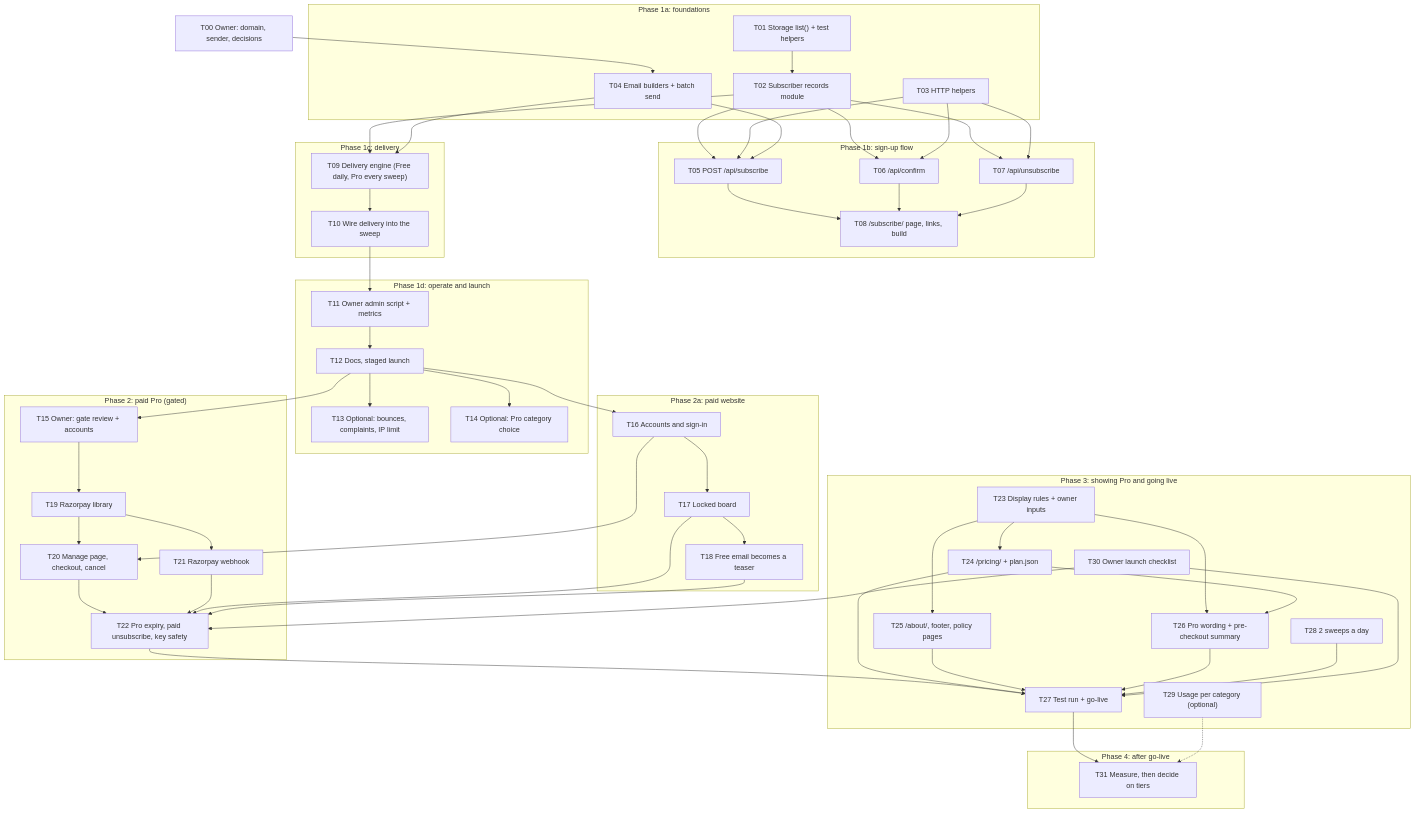
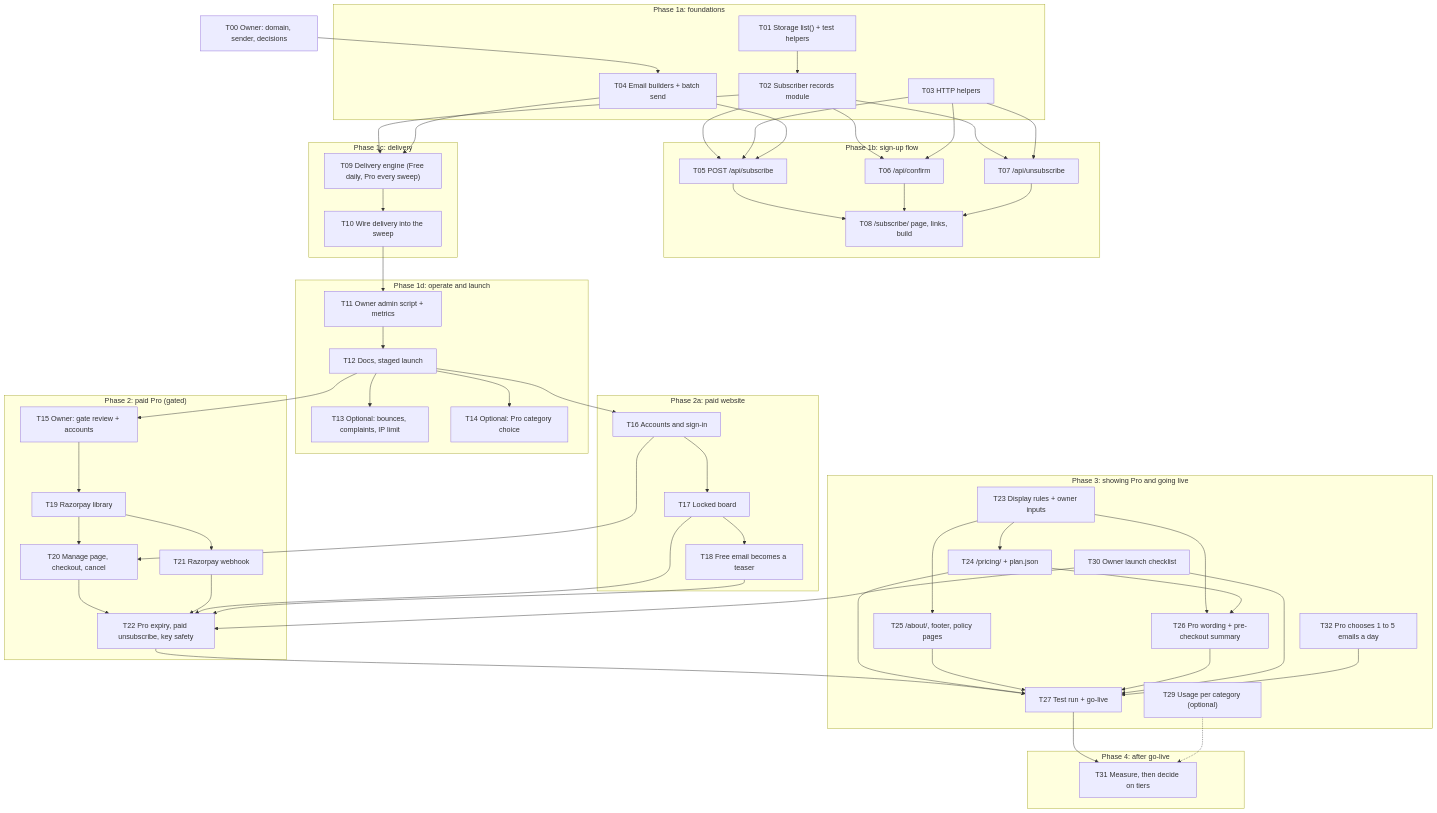
One commit to bhawnamanglapm/travel-problem-radar-case-study changed the diagram in docs/subscriptions/tasks/README.md. Above: the diagram before and after it, drawn with Mermaid. The commit also changed other lines of this file and 8 other files, not shown here.

````diff
--- a/docs/subscriptions/tasks/README.md
+++ b/docs/subscriptions/tasks/README.md
@@ -35,71 +36,71 @@
 ```mermaid
 flowchart TD
   T00["T00 Owner: domain, sender, decisions"]
   subgraph P1A["Phase 1a: foundations"]
     T01["T01 Storage list() + test helpers"]
     T02["T02 Subscriber records module"]
     T03["T03 HTTP helpers"]
     T04["T04 Email builders + batch send"]
   end
   subgraph P1B["Phase 1b: sign-up flow"]
     T05["T05 POST /api/subscribe"]
     T06["T06 /api/confirm"]
     T07["T07 /api/unsubscribe"]
     T08["T08 /subscribe/ page, links, build"]
   end
   subgraph P1C["Phase 1c: delivery"]
     T09["T09 Delivery engine (Free daily, Pro every sweep)"]
     T10["T10 Wire delivery into the sweep"]
   end
   subgraph P1D["Phase 1d: operate and launch"]
     T11["T11 Owner admin script + metrics"]
     T12["T12 Docs, staged launch"]
     T13["T13 Optional: bounces, complaints, IP limit"]
     T14["T14 Optional: Pro category choice"]
   end
   subgraph P2A["Phase 2a: paid website"]
     T16["T16 Accounts and sign-in"]
     T17["T17 Locked board"]
     T18["T18 Free email becomes a teaser"]
   end
   subgraph P2["Phase 2: paid Pro (gated)"]
     T15["T15 Owner: gate review + accounts"]
     T19["T19 Razorpay library"]
     T20["T20 Manage page, checkout, cancel"]
     T21["T21 Razorpay webhook"]
     T22["T22 Pro expiry, paid unsubscribe, key safety"]
   end
   subgraph P3["Phase 3: showing Pro and going live"]
     T23["T23 Display rules + owner inputs"]
     T24["T24 /pricing/ + plan.json"]
     T25["T25 /about/, footer, policy pages"]
     T26["T26 Pro wording + pre-checkout summary"]
     T27["T27 Test run + go-live"]
-    T28["T28 2 sweeps a day"]
+    T32["T32 Pro chooses 1 to 5 emails a day"]
     T29["T29 Usage per category (optional)"]
     T30["T30 Owner launch checklist"]
   end
   subgraph P4["Phase 4: after go-live"]
     T31["T31 Measure, then decide on tiers"]
   end
   T00 --> T04
   T01 --> T02
   T02 --> T05 & T06 & T07 & T09
   T03 --> T05 & T06 & T07
   T04 --> T05 & T09
   T05 & T06 & T07 --> T08
   T09 --> T10
   T10 --> T11 --> T12
   T12 --> T13 & T14
   T12 --> T15 --> T19 --> T20 & T21
   T20 & T21 --> T22
   T12 --> T16 --> T17 --> T18
   T16 --> T20
   T17 & T18 --> T22
   T23 --> T24 & T25
   T23 & T24 --> T26
-  T22 & T24 & T25 & T26 & T28 & T30 --> T27
+  T22 & T24 & T25 & T26 & T30 & T32 --> T27
   T30 --> T22
   T27 --> T31
   T29 -.-> T31
 ```
````
